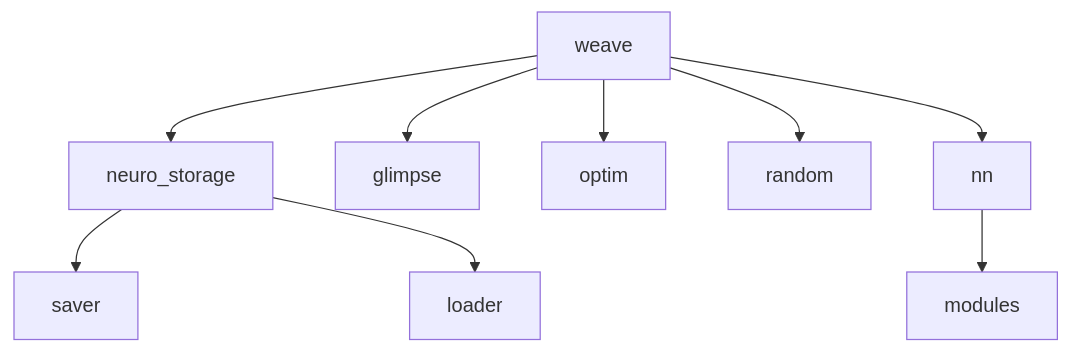
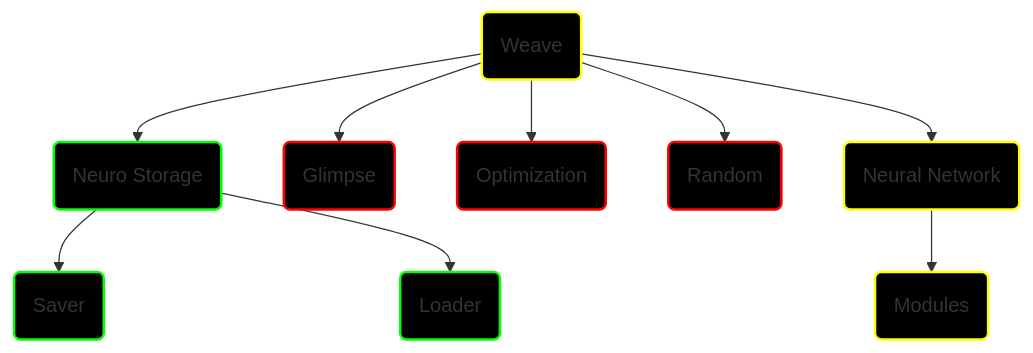
One commit to stas-gatin/NeuroWeave changed the diagram in README.md. Above: the diagram before and after it, drawn with Mermaid. The commit also changed other lines of this file, not shown here.

````diff
--- a/README.md
+++ b/README.md
@@ -72,11 +76,20 @@
 ```mermaid
 graph TD;
-    weave-->neuro_storage;
-    weave-->glimpse;
-    weave-->optim;
-    weave-->random;
-    weave-->nn;
-    nn-->modules;
-    neuro_storage-->saver;
-    neuro_storage-->loader;
+    weave(Weave)-->neuro_storage(Neuro Storage);
+    weave-->glimpse(Glimpse);
+    weave-->optim(Optimization);
+    weave-->random(Random);
+    weave-->nn(Neural Network);
+    nn-->modules(Modules);
+    neuro_storage-->saver(Saver);
+    neuro_storage-->loader(Loader);
+
+    classDef in_process fill:#000,stroke:#ffff00,stroke-width:2px;
+    classDef done fill:#000,stroke:#00ff00,stroke-width:2px;
+    classDef not_done fill:#000,stroke:#ff0000,stroke-width:2px;
+
+    class weave,nn,modules,network in_process;
+    class neuro_storage,saver,loader done;
+    class glimpse,optim,random not_done;
+
 ```
````
